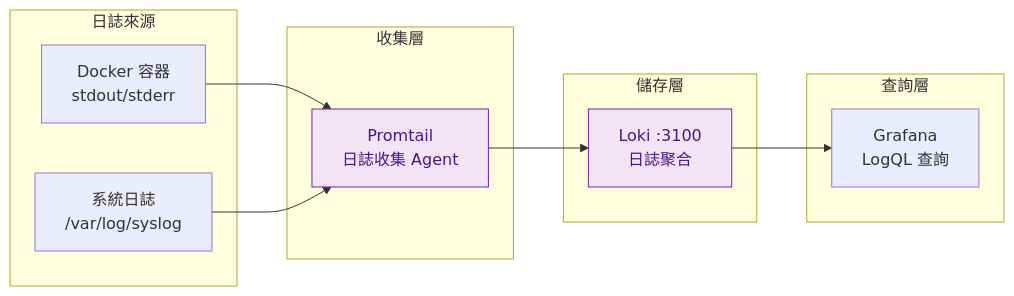
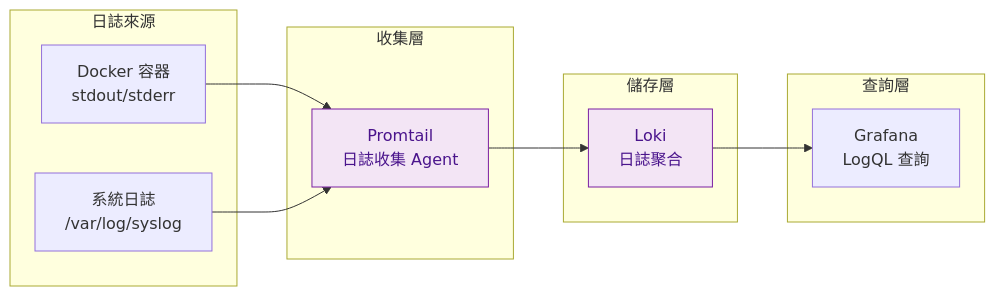
One commit to Zekkar/Zekkar.github.io changed the third of 5 diagrams in _posts/2025-12-16-development-environment-setup.md. Above: the diagram before and after it, drawn with Mermaid. The commit also changed other lines of this file, not shown here.

```diff
--- a/_posts/2025-12-16-development-environment-setup.md
+++ b/_posts/2025-12-16-development-environment-setup.md
@@ -224,27 +224,27 @@
 <pre class="mermaid">
 flowchart LR
     subgraph Sources["日誌來源"]
         D1["Docker 容器<br/>stdout/stderr"]
         D2["系統日誌<br/>/var/log/syslog"]
     end
 
     subgraph Collection["收集層"]
         Promtail["Promtail<br/>日誌收集 Agent"]
     end
 
     subgraph Storage["儲存層"]
-        Loki["Loki :3100<br/>日誌聚合"]
+        Loki["Loki<br/>日誌聚合"]
     end
 
     subgraph Query["查詢層"]
         Grafana["Grafana<br/>LogQL 查詢"]
     end
 
     D1 --> Promtail
     D2 --> Promtail
     Promtail --> Loki
     Loki --> Grafana
 
     classDef logs fill:#f3e5f5,stroke:#7b1fa2,color:#4a148c
     class Promtail,Loki logs
 </pre>
```
